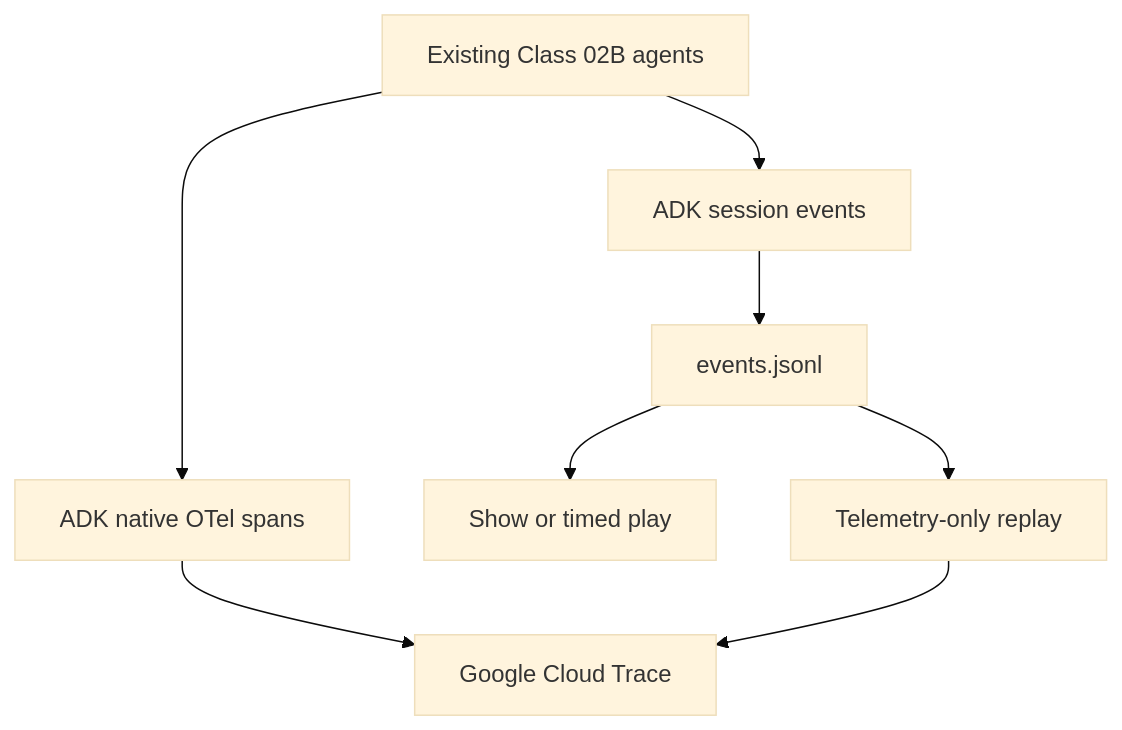
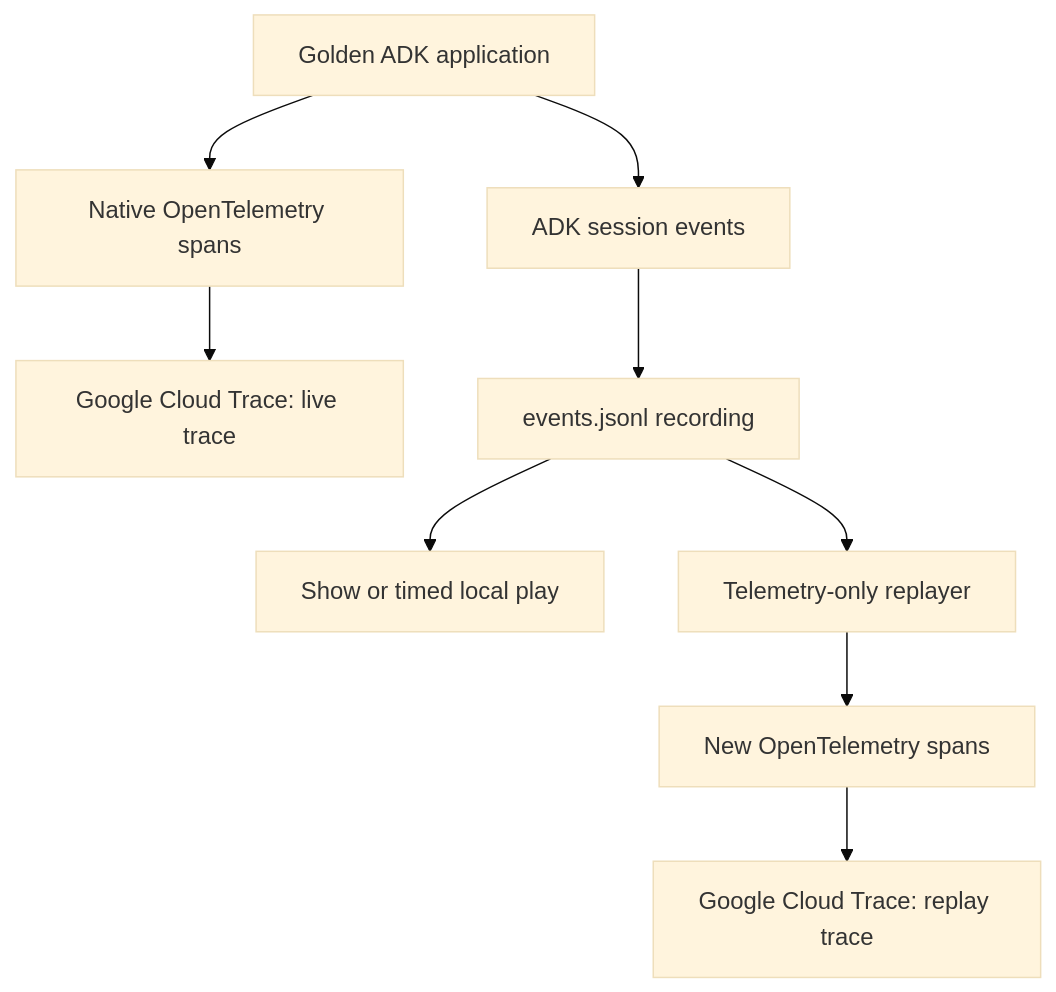
The second of 2 diagrams in agent-engineering-book/Gemini/1-Foundations/Classes/class-02C/class_02C_instructions.md (LSabnani/agent_engineering), drawn with Mermaid (base theme) before and after one commit. The commit also changed other lines of this file, not shown here.

````diff
--- a/agent-engineering-book/Gemini/1-Foundations/Classes/class-02C/class_02C_instructions.md
+++ b/agent-engineering-book/Gemini/1-Foundations/Classes/class-02C/class_02C_instructions.md
@@ -52,10 +68,11 @@
 ```mermaid
 flowchart TD
-    A[Existing Class 02B agents] --> B[ADK native OTel spans]
-    A --> C[ADK session events]
-    B --> D[Google Cloud Trace]
-    C --> E[events.jsonl]
-    E --> F[Show or timed play]
-    E --> G[Telemetry-only replay]
-    G --> D
+    A["Golden ADK application"] --> B["Native OpenTelemetry spans"]
+    B --> C["Google Cloud Trace: live trace"]
+    A --> D["ADK session events"]
+    D --> E["events.jsonl recording"]
+    E --> F["Show or timed local play"]
+    E --> G["Telemetry-only replayer"]
+    G --> H["New OpenTelemetry spans"]
+    H --> I["Google Cloud Trace: replay trace"]
 ```
````
